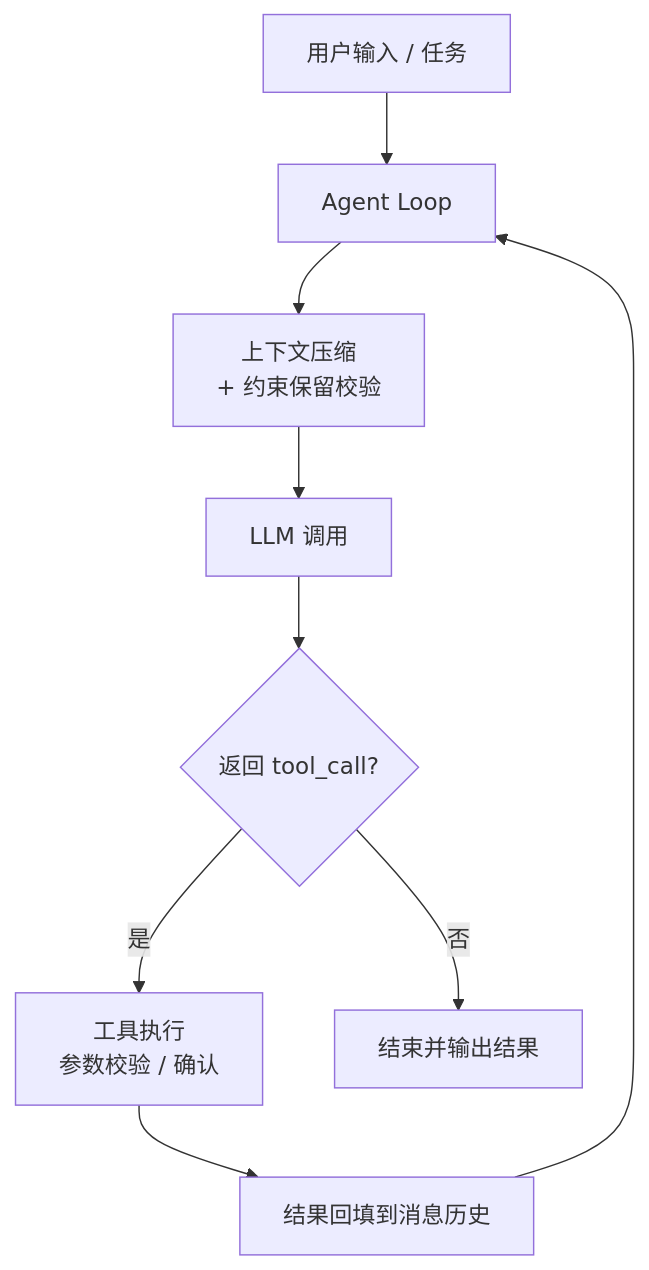
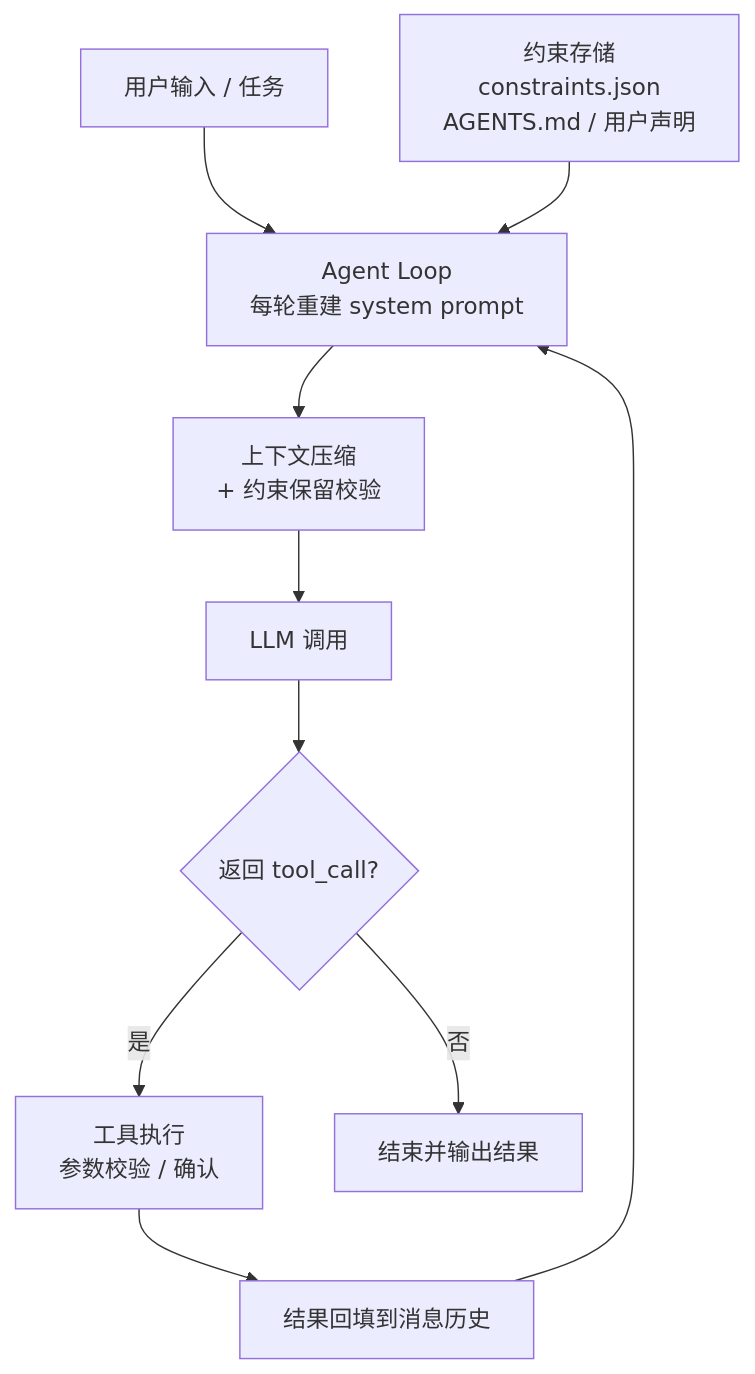
Before and after one commit to autumnieave/lite-coding-agent: the diagram in README.md, drawn with Mermaid. The commit also changed other lines of this file and 2 other files, not shown here.

````diff
--- a/README.md
+++ b/README.md
@@ -38,11 +36,12 @@
 ```mermaid
 flowchart TD
-    U[用户输入 / 任务] --> L[Agent Loop]
+    U[用户输入 / 任务] --> L[Agent Loop<br/>每轮重建 system prompt]
+    C[约束存储<br/>constraints.json<br/>AGENTS.md / 用户声明] --> L
     L --> P[上下文压缩<br/>+ 约束保留校验]
     P --> M[LLM 调用]
     M --> Q{返回 tool_call?}
     Q -- 是 --> T[工具执行<br/>参数校验 / 确认]
     T --> R[结果回填到消息历史]
     R --> L
     Q -- 否 --> F[结束并输出结果]
 ```
````
